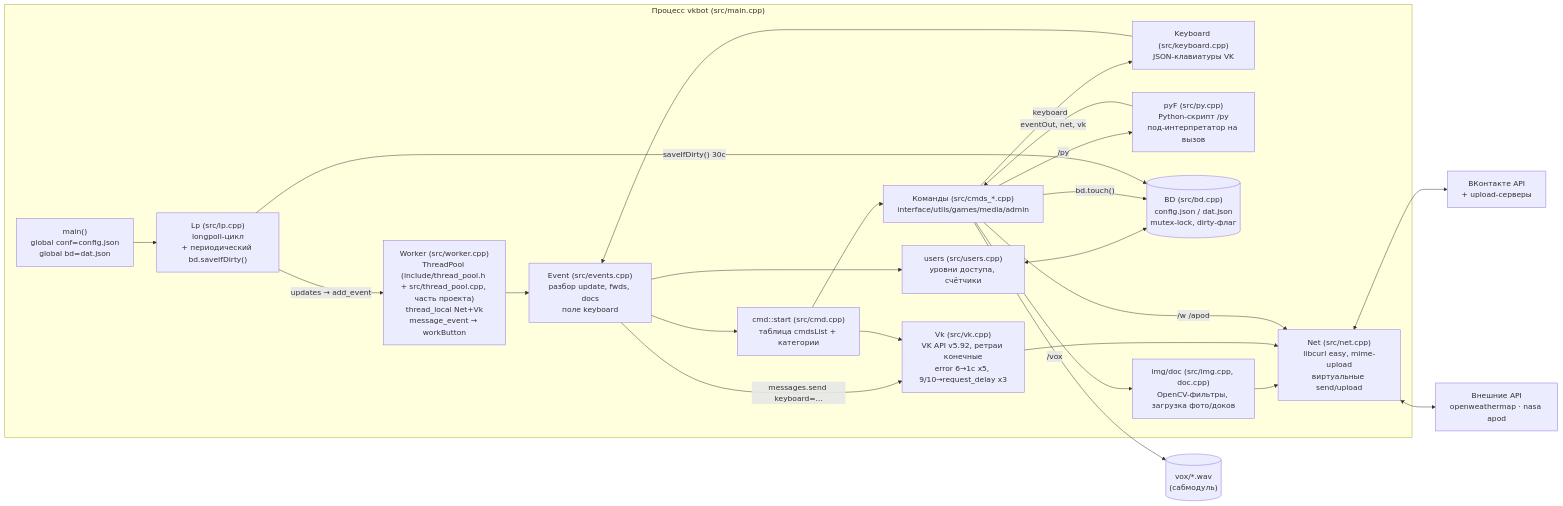
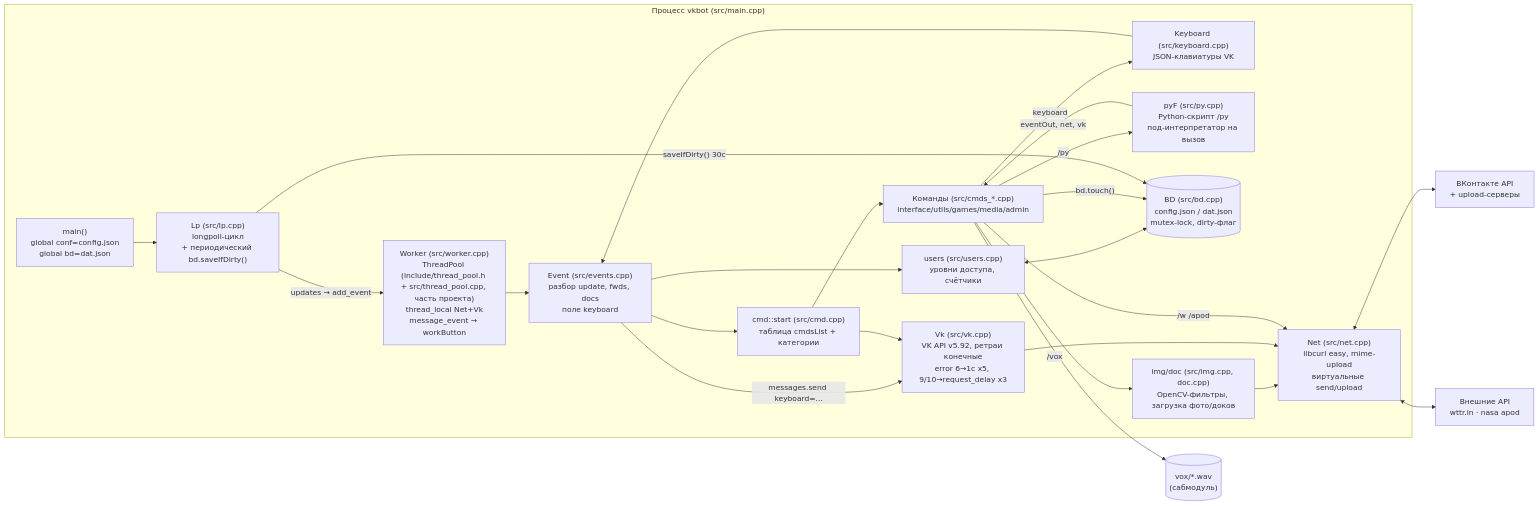
The diagram in docs/ARCHITECTURE.md (edombek/vk-cpp-bot), drawn with Mermaid before and after one commit. The commit also changed 5 other files, not shown here.

First line of the commit message:
/w: источник погоды — wttr.in вместо openweathermap (без API-ключа)

````diff
--- a/docs/ARCHITECTURE.md
+++ b/docs/ARCHITECTURE.md
@@ -7,39 +7,39 @@
 ```mermaid
 flowchart LR
     subgraph bot ["Процесс vkbot (src/main.cpp)"]
         MAIN["main()<br/>global conf=config.json<br/>global bd=dat.json"]
         LP["Lp (src/lp.cpp)<br/>longpoll-цикл<br/>+ периодический bd.saveIfDirty()"]
         W["Worker (src/worker.cpp)<br/>ThreadPool (include/thread_pool.h + src/thread_pool.cpp, часть проекта)<br/>thread_local Net+Vk<br/>message_event → workButton"]
         EV["Event (src/events.cpp)<br/>разбор update, fwds, docs<br/>поле keyboard"]
         KBD["Keyboard (src/keyboard.cpp)<br/>JSON-клавиатуры VK"]
         CMD["cmd::start (src/cmd.cpp)<br/>таблица cmdsList + категории"]
         CMDS["Команды (src/cmds_*.cpp)<br/>interface/utils/games/media/admin"]
         PY["pyF (src/py.cpp)<br/>Python-скрипт /py<br/>под-интерпретатор на вызов"]
         USERS["users (src/users.cpp)<br/>уровни доступа, счётчики"]
         BD[("BD (src/bd.cpp)<br/>config.json / dat.json<br/>mutex-lock, dirty-флаг")]
         VK["Vk (src/vk.cpp)<br/>VK API v5.92, ретраи конечные<br/>error 6→1с x5, 9/10→request_delay x3"]
         NET["Net (src/net.cpp)<br/>libcurl easy, mime-upload<br/>виртуальные send/upload"]
         IMG["img/doc (src/img.cpp, doc.cpp)<br/>OpenCV-фильтры, загрузка фото/доков"]
     end
 
     VKS["ВКонтакте API<br/>+ upload-серверы"]
-    EXT["Внешние API<br/>openweathermap · nasa apod"]
+    EXT["Внешние API<br/>wttr.in · nasa apod"]
     VOX[("vox/*.wav<br/>(сабмодуль)")]
 
     MAIN --> LP
     LP -- "updates → add_event" --> W --> EV --> CMD --> CMDS
     CMDS -- "/py" --> PY
     CMDS -- "keyboard" --> KBD --> EV
     EV -- "messages.send keyboard=..." --> VK
     EV --> USERS
     USERS <--> BD
     CMDS -- "bd.touch()" --> BD
     LP -- "saveIfDirty() 30с" --> BD
     PY -- "eventOut, net, vk" --> CMDS
     CMDS --> IMG --> NET
     CMD --> VK --> NET
     CMDS -- "/w /apod" --> NET
     NET <--> VKS
     NET <--> EXT
     CMDS -- "/vox" --> VOX
 ```
````
